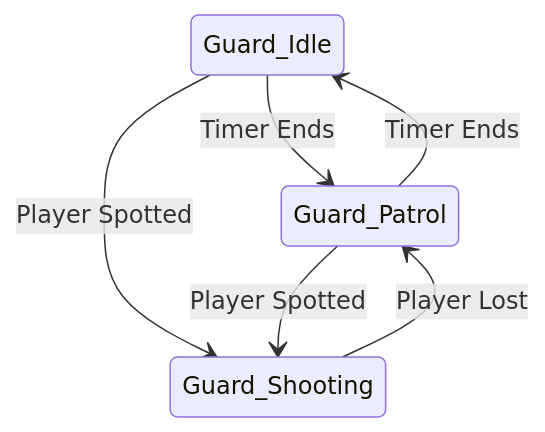
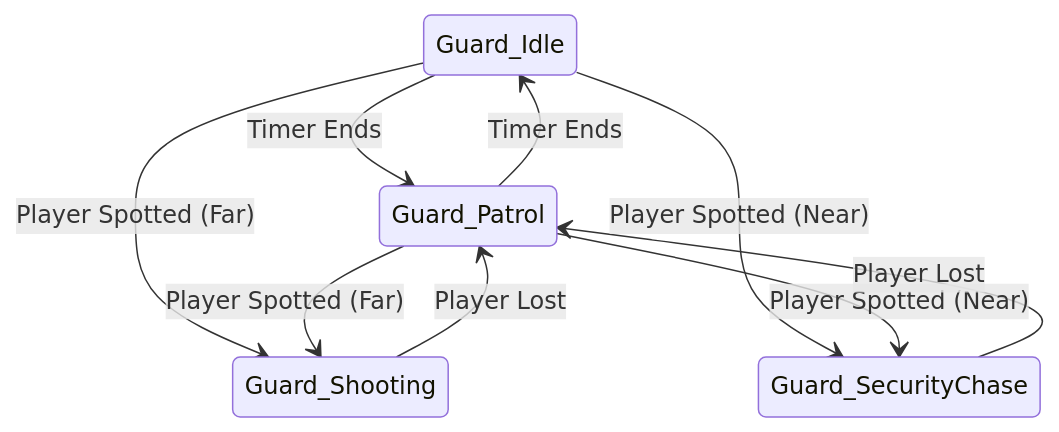
One commit to Ahmed-Bahaa06/Most4fa-El3basya changed the third of 3 diagrams in Assets/_Agents/_AntigravityArtifacts/NPCStateMachineArchitecture.md. Above: the diagram before and after it, drawn with Mermaid. The commit also changed other lines of this file and 73 other files, not shown here.

````diff
--- a/Assets/_Agents/_AntigravityArtifacts/NPCStateMachineArchitecture.md
+++ b/Assets/_Agents/_AntigravityArtifacts/NPCStateMachineArchitecture.md
@@ -70,10 +72,14 @@
 ```mermaid
 stateDiagram-v2
     Guard_Idle --> Guard_Patrol : Timer Ends
     Guard_Patrol --> Guard_Idle : Timer Ends
     
-    Guard_Idle --> Guard_Shooting : Player Spotted
-    Guard_Patrol --> Guard_Shooting : Player Spotted
+    Guard_Idle --> Guard_Shooting : Player Spotted (Far)
+    Guard_Patrol --> Guard_Shooting : Player Spotted (Far)
+    
+    Guard_Idle --> Guard_SecurityChase : Player Spotted (Near)
+    Guard_Patrol --> Guard_SecurityChase : Player Spotted (Near)
     
     Guard_Shooting --> Guard_Patrol : Player Lost
+    Guard_SecurityChase --> Guard_Patrol : Player Lost
 ```
````
